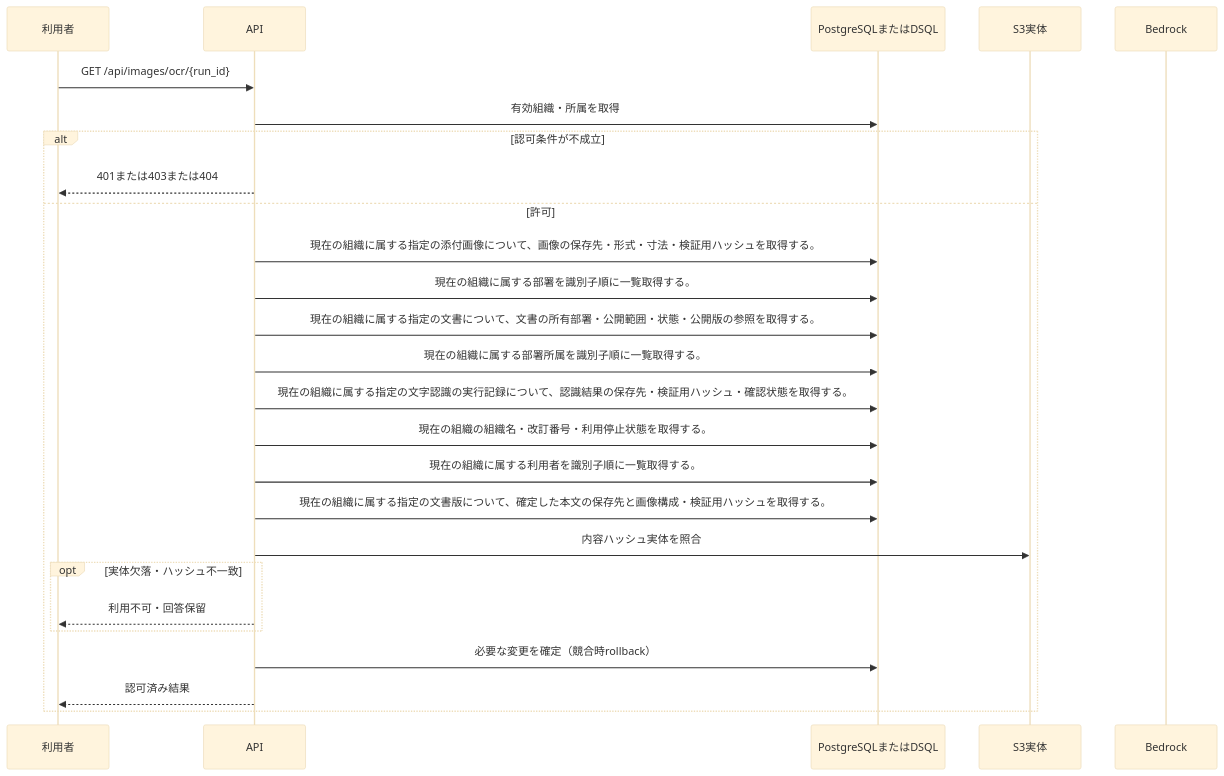
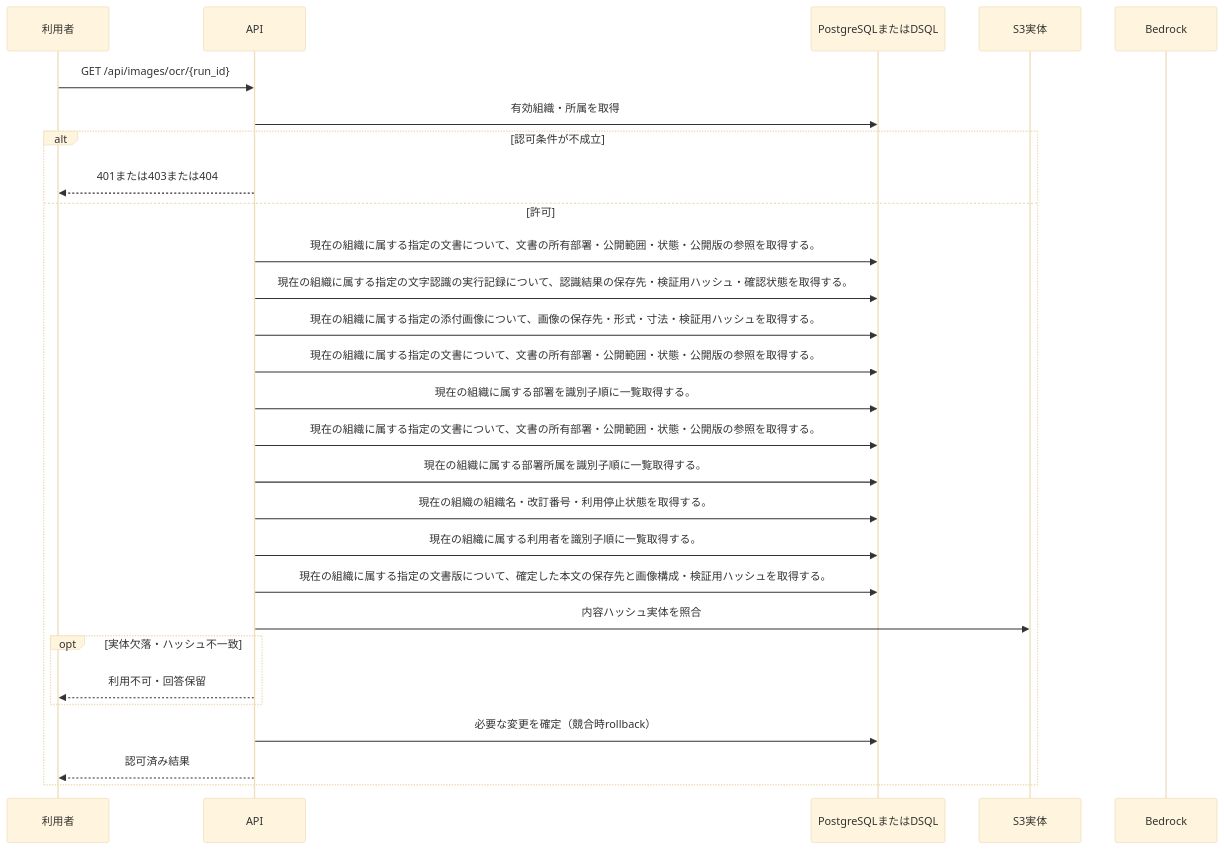
Before and after one commit to tsuji-tomonori/KotoRelay: the diagram in docs/design/generated/api/images/get_ocr/sequence.md, drawn with Mermaid (base theme). The commit also changed other lines of this file and 628 other files, not shown here.

````diff
--- a/docs/design/generated/api/images/get_ocr/sequence.md
+++ b/docs/design/generated/api/images/get_ocr/sequence.md
@@ -7,28 +7,30 @@
 ```mermaid
 sequenceDiagram
     participant U as 利用者
     participant A as API
     participant D as PostgreSQLまたはDSQL
     participant S as S3実体
     participant M as Bedrock
     U->>A: GET /api/images/ocr/{run_id}
     A->>D: 有効組織・所属を取得
     alt 認可条件が不成立
         A-->>U: 401または403または404
     else 許可
+        A->>D: 現在の組織に属する指定の文書について、文書の所有部署・公開範囲・状態・公開版の参照を取得する。
+        A->>D: 現在の組織に属する指定の文字認識の実行記録について、認識結果の保存先・検証用ハッシュ・確認状態を取得する。
         A->>D: 現在の組織に属する指定の添付画像について、画像の保存先・形式・寸法・検証用ハッシュを取得する。
+        A->>D: 現在の組織に属する指定の文書について、文書の所有部署・公開範囲・状態・公開版の参照を取得する。
         A->>D: 現在の組織に属する部署を識別子順に一覧取得する。
         A->>D: 現在の組織に属する指定の文書について、文書の所有部署・公開範囲・状態・公開版の参照を取得する。
         A->>D: 現在の組織に属する部署所属を識別子順に一覧取得する。
-        A->>D: 現在の組織に属する指定の文字認識の実行記録について、認識結果の保存先・検証用ハッシュ・確認状態を取得する。
         A->>D: 現在の組織の組織名・改訂番号・利用停止状態を取得する。
         A->>D: 現在の組織に属する利用者を識別子順に一覧取得する。
         A->>D: 現在の組織に属する指定の文書版について、確定した本文の保存先と画像構成・検証用ハッシュを取得する。
         A->>S: 内容ハッシュ実体を照合
         opt 実体欠落・ハッシュ不一致
             A-->>U: 利用不可・回答保留
         end
         A->>D: 必要な変更を確定（競合時rollback）
         A-->>U: 認可済み結果
     end
 ```
````
